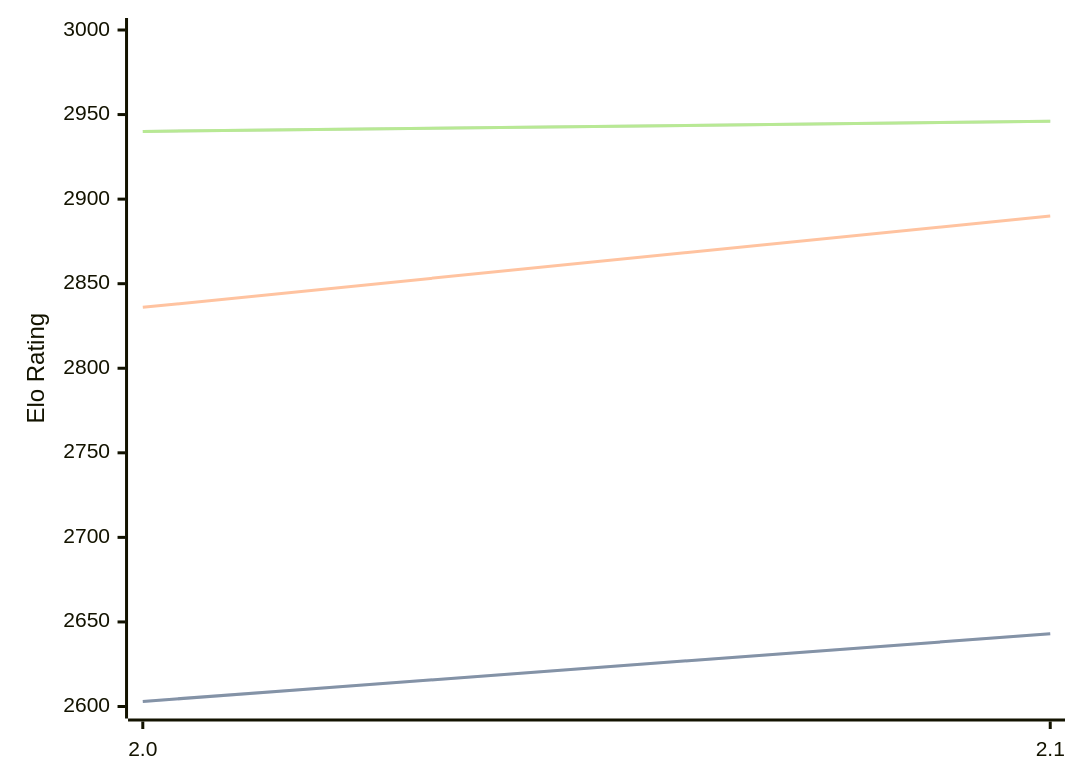
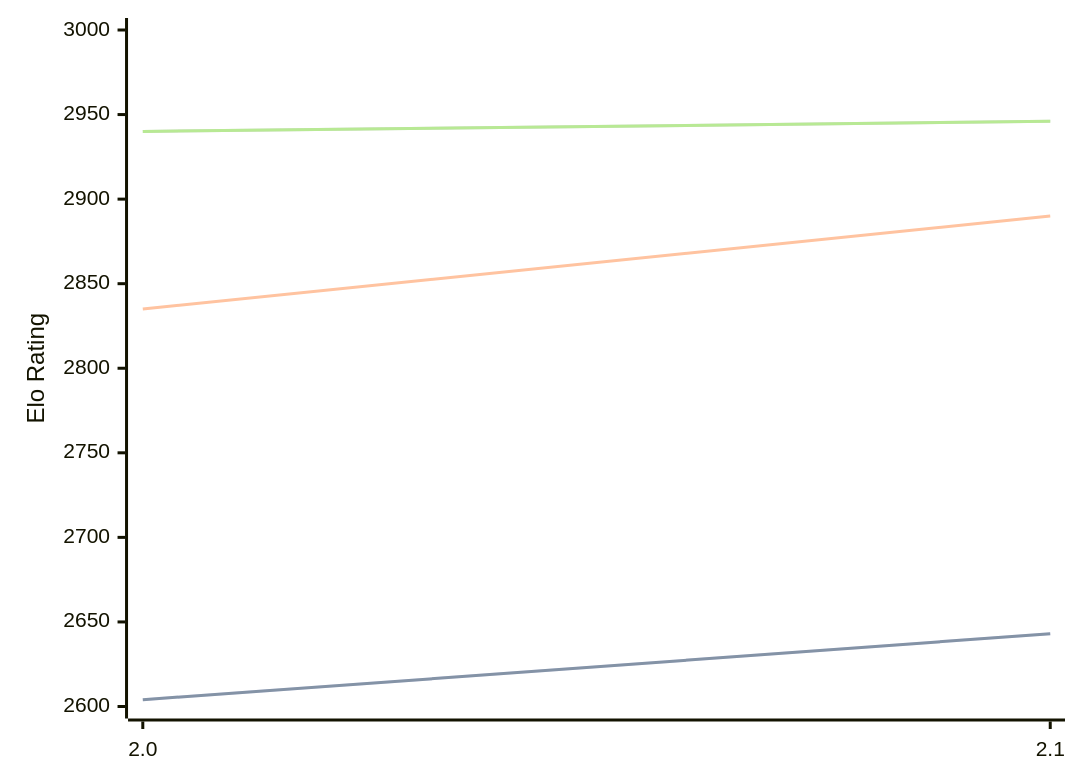
The diagram in engines/Noggin.md (computer-chess-index/cci), drawn with Mermaid before and after one commit. The commit also changed other lines of this file, not shown here.

````diff
--- a/engines/Noggin.md
+++ b/engines/Noggin.md
@@ -33,11 +33,11 @@
 ```mermaid
 %%{init: {"theme":"base","themeVariables":{"seriesColors:['#a3a3a3','#222221','#faa371']}}}%%
 xychart-beta
   x-axis ["2.0", "2.1"]
   y-axis "Elo Rating" 2600 --> 3000
-  line "" [2603, 2643]
-  line "STC (8.0+0.08s)" [2603, 2643]
-  line "LTC (60.0+0.60s)" [2836, 2890]
+  line "" [2604, 2643]
+  line "STC (8.0+0.08s)" [2604, 2643]
+  line "LTC (60.0+0.60s)" [2835, 2890]
   line "" [2940, 2946]
   line "VLTC (2m24s+1.12s)" [2940, 2946]
 ```
````
